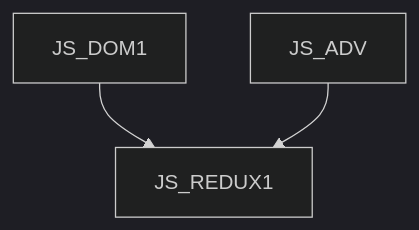
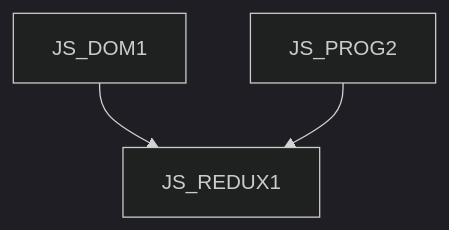
The diagram in JS_REDUX1 CZ.md (mbradic/gopas-osnovy), drawn with Mermaid (dark theme) before and after one commit. The commit also changed other lines of this file and 31 other files, not shown here.

Commit message:
Update: JS_INTRO a JS_ADV -> JS_PROG1 a JS_PROG2

````diff
--- a/JS_REDUX1 CZ.md
+++ b/JS_REDUX1 CZ.md
@@ -11,5 +11,5 @@
 ```mermaid
 graph TD
     JS_DOM1 --> JS_REDUX1
-    JS_ADV  --> JS_REDUX1
+    JS_PROG2  --> JS_REDUX1
 ```
````
